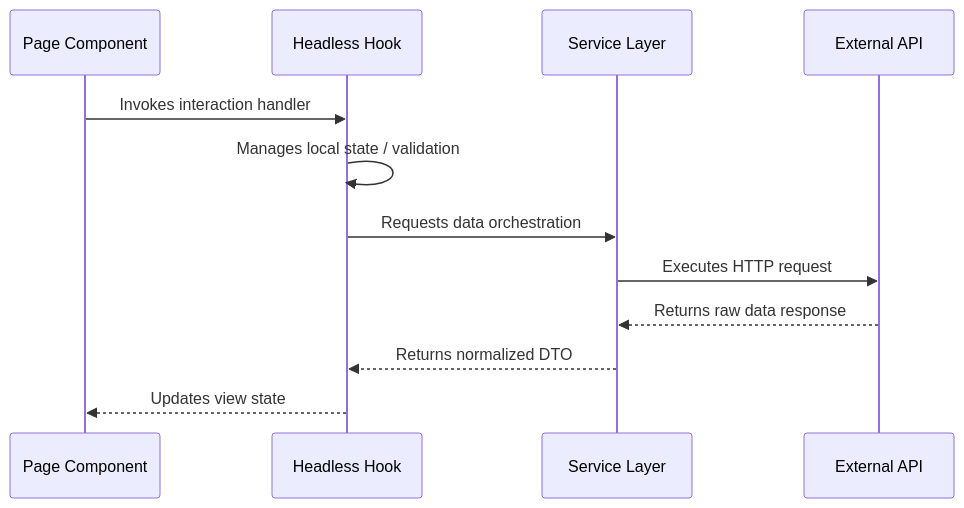
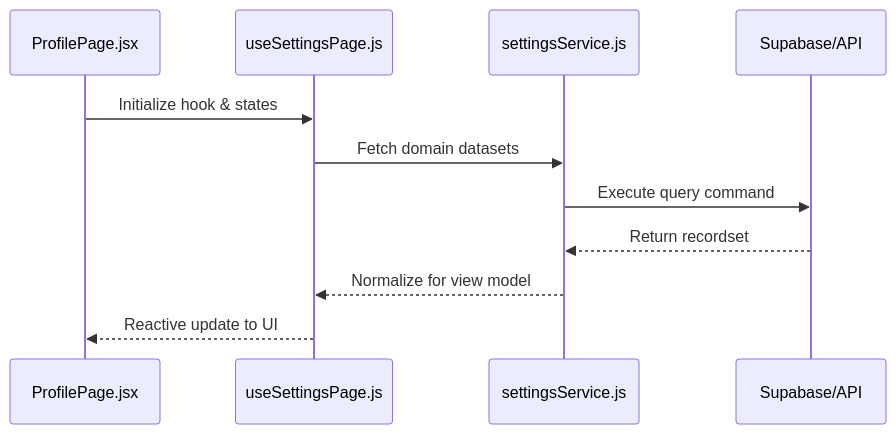
The first of 2 diagrams in src/features/settings/README.md (nexowebai/nexo-superadmin), drawn with Mermaid before and after one commit. The commit also changed other lines of this file and 17 other files, not shown here.

Commit message:
chore: implement automated technical documentation engine and standardize feature architecture files

````diff
--- a/src/features/settings/README.md
+++ b/src/features/settings/README.md
@@ -12,15 +12,14 @@
 ```mermaid
 sequenceDiagram
-    participant UI as Page Component
-    participant Hook as Headless Hook
-    participant Service as Service Layer
-    participant API as External API
+    participant P as ProfilePage.jsx
+    participant H as useSettingsPage.js
+    participant S as settingsService.js
+    participant API as Supabase/API
 
-    UI->>Hook: Invokes interaction handler
-    Hook->>Hook: Manages local state / validation
-    Hook->>Service: Requests data orchestration
-    Service->>API: Executes HTTP request
-    API-->>Service: Returns raw data response
-    Service-->>Hook: Returns normalized DTO
-    Hook-->>UI: Updates view state
+    P->>H: Initialize hook & states
+    H->>S: Fetch domain datasets
+    S->>API: Execute query command
+    API-->>S: Return recordset
+    S-->>H: Normalize for view model
+    H-->>P: Reactive update to UI
 ```
````
